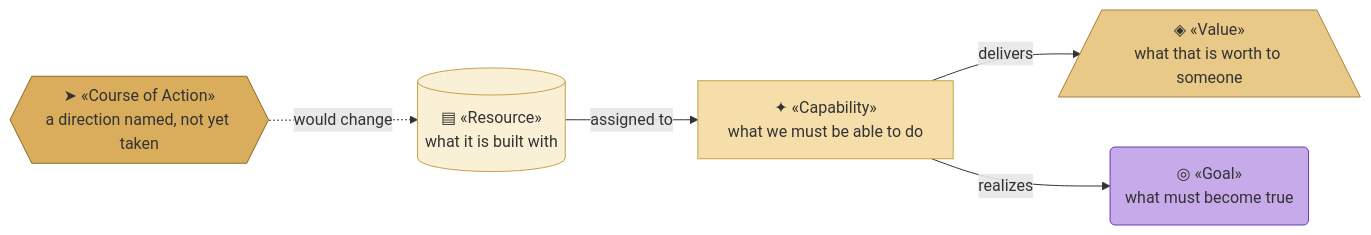
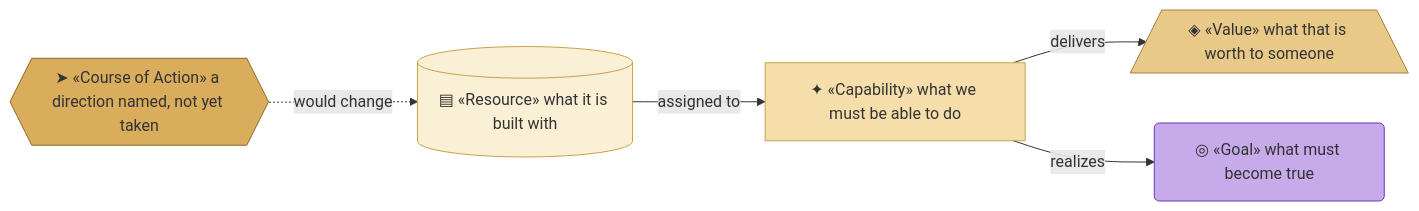
One commit to roanboc/architecture-archreator changed the first of 6 diagrams in org-archreator/architecture/1_strategy/2_capabilities-and-resources.md. Above: the diagram before and after it, drawn with Mermaid. The commit also changed other lines of this file and 38 other files, not shown here.

````diff
--- a/org-archreator/architecture/1_strategy/2_capabilities-and-resources.md
+++ b/org-archreator/architecture/1_strategy/2_capabilities-and-resources.md
@@ -12,19 +12,19 @@
 ```mermaid
 flowchart LR
-  res[("▤ «Resource»<br>what it is built with")]:::resource
-  cap["✦ «Capability»<br>what we must be able to do"]:::capability
-  val[/"◈ «Value»<br>what that is worth to someone"\]:::value
-  coa{{"➤ «Course of Action»<br>a direction named, not yet taken"}}:::action
-  g("◎ «Goal»<br>what must become true"):::goal
+  res[("▤ «Resource» what it is built with")]:::resource
+  cap["✦ «Capability» what we must be able to do"]:::capability
+  val[/"◈ «Value» what that is worth to someone"\]:::value
+  coa{{"➤ «Course of Action» a direction named, not yet taken"}}:::action
+  g("◎ «Goal» what must become true"):::goal
 
   res -->|assigned to| cap
   cap -->|delivers| val
   cap -->|realizes| g
   coa -.->|would change| res
 
   classDef resource fill:#faf0d5,stroke:#c8a24a,color:#333
   classDef capability fill:#f5deaa,stroke:#c8a24a,color:#333
   classDef value fill:#e9c987,stroke:#a8813a,color:#333
   classDef action fill:#d9ad5c,stroke:#8a6a2a,color:#333
   classDef goal fill:#c6aae9,stroke:#673ab7,color:#333
 ```
````
